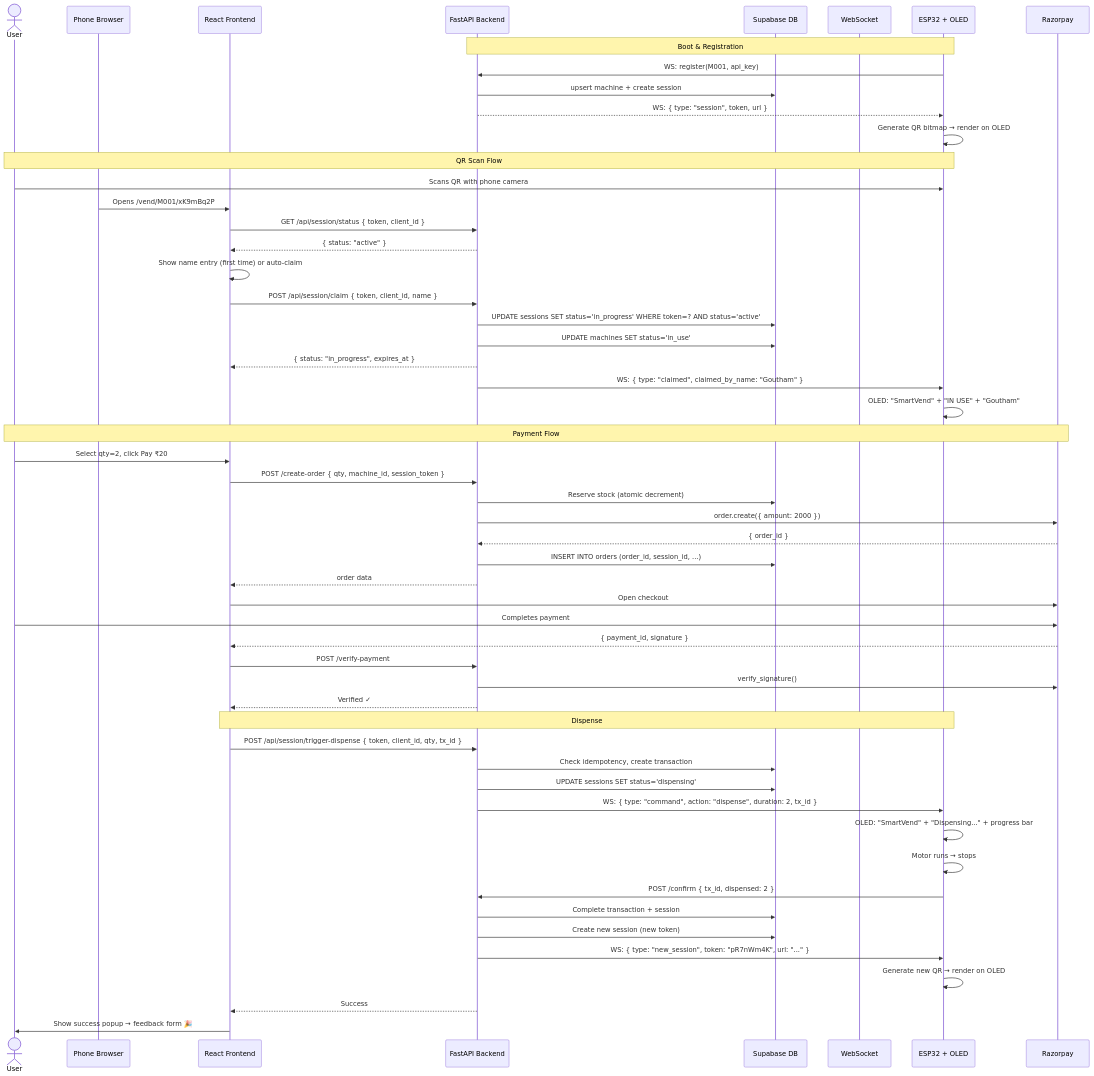
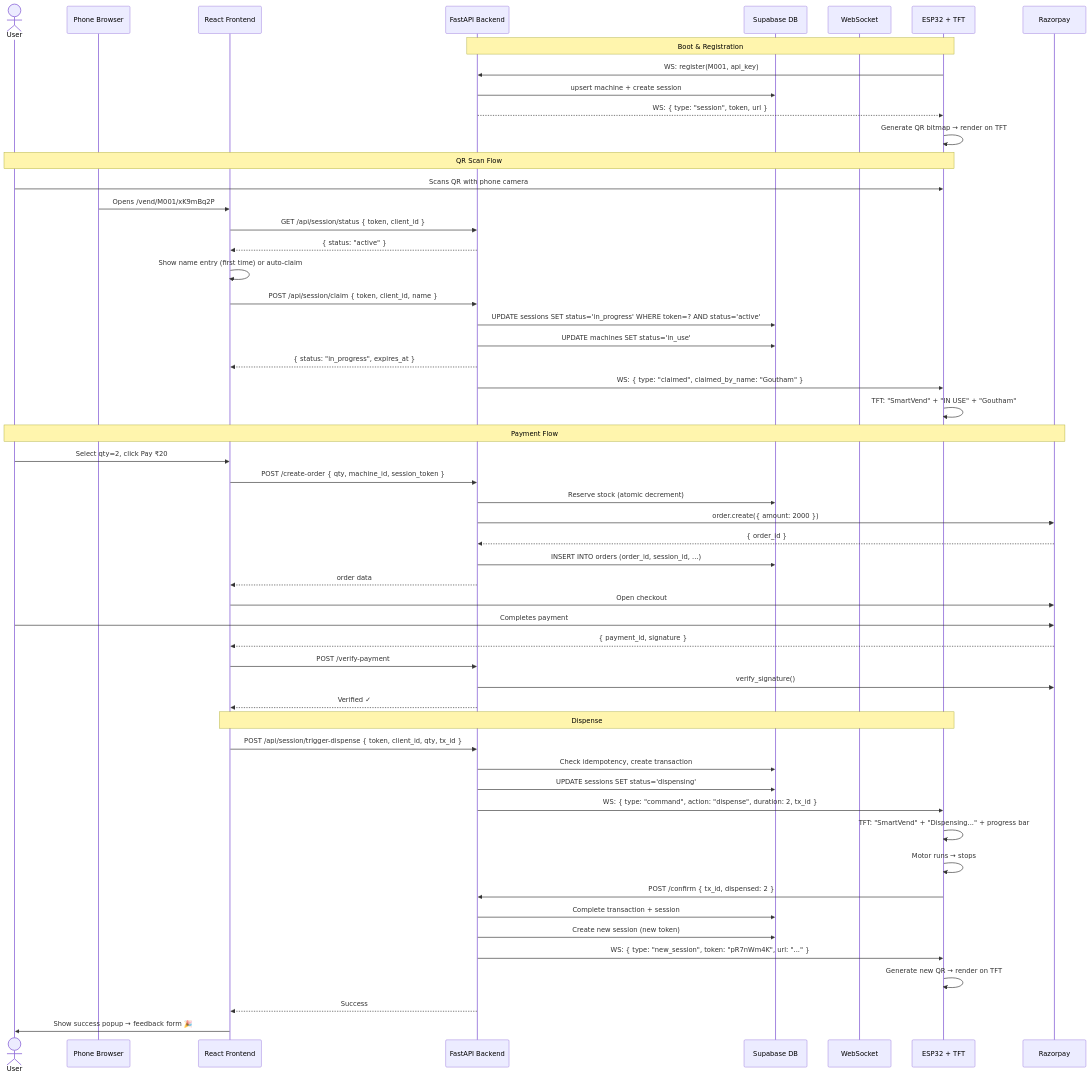
One commit to gouthamlingoju/SmartVend changed the third of 11 diagrams in UML_Diagrams.md. Above: the diagram before and after it, drawn with Mermaid. The commit also changed other lines of this file and 10 other files, not shown here.

Commit message:
Align TFT wiring and generate full URL QR session links

````diff
--- a/UML_Diagrams.md
+++ b/UML_Diagrams.md
@@ -213,60 +213,60 @@
 ```mermaid
 sequenceDiagram
     actor User
     participant Phone as Phone Browser
     participant FE as React Frontend
     participant API as FastAPI Backend
     participant DB as Supabase DB
     participant WS as WebSocket
-    participant ESP as ESP32 + OLED
+    participant ESP as ESP32 + TFT
     participant RP as Razorpay
 
     Note over ESP,API: Boot & Registration
     ESP->>API: WS: register(M001, api_key)
     API->>DB: upsert machine + create session
     API-->>ESP: WS: { type: "session", token, url }
-    ESP->>ESP: Generate QR bitmap → render on OLED
+    ESP->>ESP: Generate QR bitmap → render on TFT
 
     Note over User,ESP: QR Scan Flow
     User->>ESP: Scans QR with phone camera
     Phone->>FE: Opens /vend/M001/xK9mBq2P
     FE->>API: GET /api/session/status { token, client_id }
     API-->>FE: { status: "active" }
     FE->>FE: Show name entry (first time) or auto-claim
     FE->>API: POST /api/session/claim { token, client_id, name }
     API->>DB: UPDATE sessions SET status='in_progress' WHERE token=? AND status='active'
     API->>DB: UPDATE machines SET status='in_use'
     API-->>FE: { status: "in_progress", expires_at }
     API->>ESP: WS: { type: "claimed", claimed_by_name: "Goutham" }
-    ESP->>ESP: OLED: "SmartVend" + "IN USE" + "Goutham"
+    ESP->>ESP: TFT: "SmartVend" + "IN USE" + "Goutham"
 
     Note over User,RP: Payment Flow
     User->>FE: Select qty=2, click Pay ₹20
     FE->>API: POST /create-order { qty, machine_id, session_token }
     API->>DB: Reserve stock (atomic decrement)
     API->>RP: order.create({ amount: 2000 })
     RP-->>API: { order_id }
     API->>DB: INSERT INTO orders (order_id, session_id, ...)
     API-->>FE: order data
     FE->>RP: Open checkout
     User->>RP: Completes payment
     RP-->>FE: { payment_id, signature }
     FE->>API: POST /verify-payment
     API->>RP: verify_signature()
     API-->>FE: Verified ✓
 
     Note over FE,ESP: Dispense
     FE->>API: POST /api/session/trigger-dispense { token, client_id, qty, tx_id }
     API->>DB: Check idempotency, create transaction
     API->>DB: UPDATE sessions SET status='dispensing'
     API->>ESP: WS: { type: "command", action: "dispense", duration: 2, tx_id }
-    ESP->>ESP: OLED: "SmartVend" + "Dispensing..." + progress bar
+    ESP->>ESP: TFT: "SmartVend" + "Dispensing..." + progress bar
     ESP->>ESP: Motor runs → stops
     ESP->>API: POST /confirm { tx_id, dispensed: 2 }
     API->>DB: Complete transaction + session
     API->>DB: Create new session (new token)
     API->>ESP: WS: { type: "new_session", token: "pR7nWm4K", url: "..." }
-    ESP->>ESP: Generate new QR → render on OLED
+    ESP->>ESP: Generate new QR → render on TFT
     API-->>FE: Success
     FE->>User: Show success popup → feedback form 🎉
 ```
````
